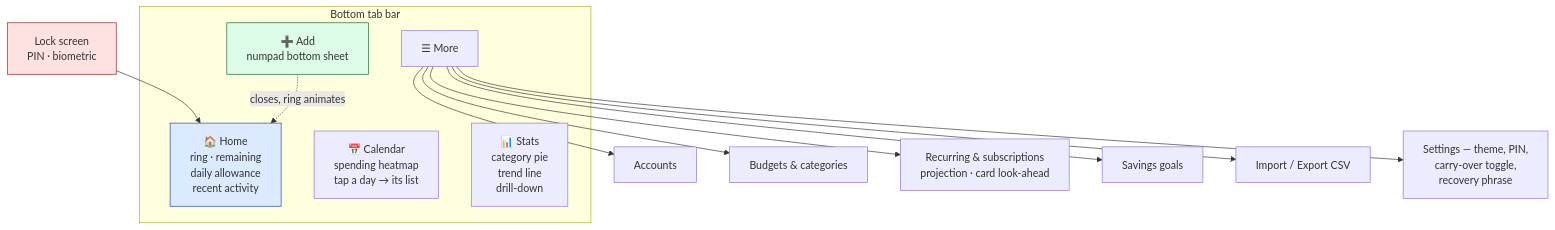
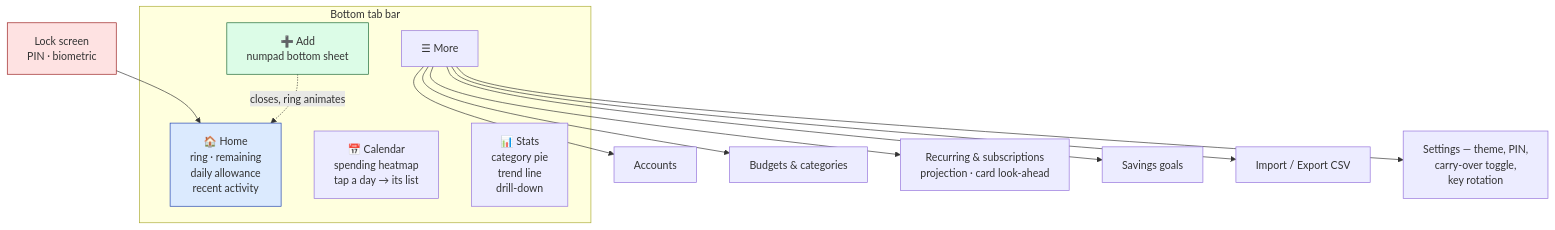
One commit to zakura1x/Budget-App changed the eighth of 12 diagrams in misc/ARCHITECTURE_OVERVIEW.md. Above: the diagram before and after it, drawn with Mermaid. The commit also changed other lines of this file and 181 other files, not shown here.

````diff
--- a/misc/ARCHITECTURE_OVERVIEW.md
+++ b/misc/ARCHITECTURE_OVERVIEW.md
@@ -358,25 +358,25 @@
 ```mermaid
 graph TD
     L["Lock screen<br/>PIN · biometric"] --> H
 
     subgraph TABS["Bottom tab bar"]
         H["🏠 Home<br/>ring · remaining<br/>daily allowance<br/>recent activity"]
         CAL["📅 Calendar<br/>spending heatmap<br/>tap a day → its list"]
         ADD["➕ Add<br/>numpad bottom sheet"]
         ST["📊 Stats<br/>category pie<br/>trend line<br/>drill-down"]
         MORE["☰ More"]
     end
 
     MORE --> M1["Accounts"]
     MORE --> M2["Budgets & categories"]
     MORE --> M3["Recurring & subscriptions<br/>projection · card look-ahead"]
     MORE --> M4["Savings goals"]
     MORE --> M5["Import / Export CSV"]
-    MORE --> M6["Settings — theme, PIN,<br/>carry-over toggle,<br/>recovery phrase"]
+    MORE --> M6["Settings — theme, PIN,<br/>carry-over toggle,<br/>key rotation"]
 
     ADD -.->|"closes, ring animates"| H
 
     style ADD fill:#dcfce7,stroke:#166534
     style H fill:#dbeafe,stroke:#1e40af
     style L fill:#fee2e2,stroke:#991b1b
 ```
````
